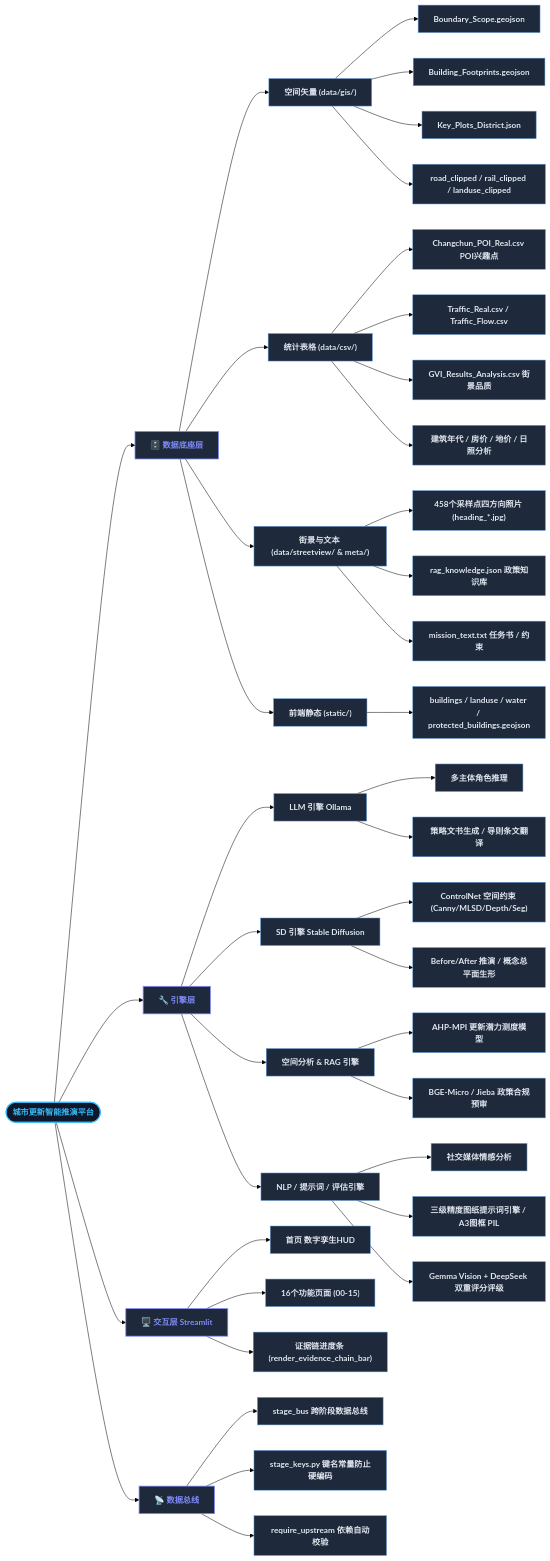
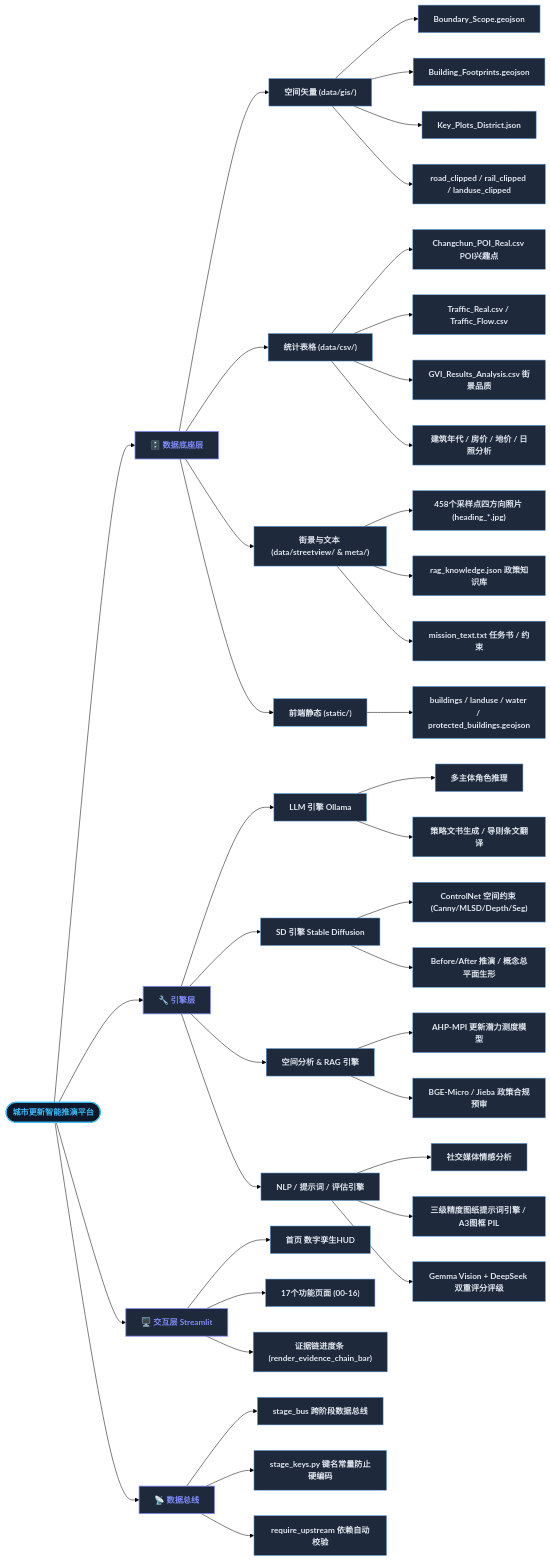
Before and after one commit to Chain813/ultimate-design: the first of 4 diagrams in workflow_diagrams.md, drawn with Mermaid (forest theme). The commit also changed 1 other file, not shown here.

Commit message:
docs: update stage and page counts in WORKFLOW.md and workflow_diagrams.md

````diff
--- a/workflow_diagrams.md
+++ b/workflow_diagrams.md
@@ -7,68 +7,68 @@
 ```mermaid
 flowchart LR
     classDef default fill:#1e293b,stroke:#64a0dc,stroke-width:1px,color:#e2e8f0;
     classDef root fill:#0f172a,stroke:#38bdf8,stroke-width:2px,color:#38bdf8,font-weight:bold;
     classDef group fill:#1e293b,stroke:#818cf8,stroke-width:1.5px,color:#818cf8;
     
     root(["城市更新智能推演平台"]):::root
     
     %% 层级 1
     L1["🗄️ 数据底座层"]:::group
     L2["🔧 引擎层"]:::group
     L3["🖥️ 交互层 Streamlit"]:::group
     L4["📡 数据总线"]:::group
     
     root --> L1
     root --> L2
     root --> L3
     root --> L4
     
     %% 数据底座层子节点
     L1 --> L1_1["空间矢量 (data/gis/)"]
     L1_1 --> L1_1_1["Boundary_Scope.geojson"]
     L1_1 --> L1_1_2["Building_Footprints.geojson"]
     L1_1 --> L1_1_3["Key_Plots_District.json"]
     L1_1 --> L1_1_4["road_clipped / rail_clipped / landuse_clipped"]
     
     L1 --> L1_2["统计表格 (data/csv/)"]
     L1_2 --> L1_2_1["Changchun_POI_Real.csv POI兴趣点"]
     L1_2 --> L1_2_2["Traffic_Real.csv / Traffic_Flow.csv"]
     L1_2 --> L1_2_3["GVI_Results_Analysis.csv 街景品质"]
     L1_2 --> L1_2_4["建筑年代 / 房价 / 地价 / 日照分析"]
     
     L1 --> L1_3["街景与文本 (data/streetview/ & meta/)"]
     L1_3 --> L1_3_1["458个采样点四方向照片 (heading_*.jpg)"]
     L1_3 --> L1_3_2["rag_knowledge.json 政策知识库"]
     L1_3 --> L1_3_3["mission_text.txt 任务书 / 约束"]
     
     L1 --> L1_4["前端静态 (static/)"]
     L1_4 --> L1_4_1["buildings / landuse / water / protected_buildings.geojson"]
     
     %% 引擎层子节点
     L2 --> L2_1["LLM 引擎 Ollama"]
     L2_1 --> L2_1_1["多主体角色推理"]
     L2_1 --> L2_1_2["策略文书生成 / 导则条文翻译"]
     
     L2 --> L2_2["SD 引擎 Stable Diffusion"]
     L2_2 --> L2_2_1["ControlNet 空间约束 (Canny/MLSD/Depth/Seg)"]
     L2_2 --> L2_2_2["Before/After 推演 / 概念总平面生形"]
     
     L2 --> L2_3["空间分析 & RAG 引擎"]
     L2_3 --> L2_3_1["AHP-MPI 更新潜力测度模型"]
     L2_3 --> L2_3_2["BGE-Micro / Jieba 政策合规预审"]
     
     L2 --> L2_4["NLP / 提示词 / 评估引擎"]
     L2_4 --> L2_4_1["社交媒体情感分析"]
     L2_4 --> L2_4_2["三级精度图纸提示词引擎 / A3图框 PIL"]
     L2_4 --> L2_4_3["Gemma Vision + DeepSeek 双重评分评级"]
     
     %% 交互层子节点
     L3 --> L3_1["首页 数字孪生HUD"]
-    L3 --> L3_2["16个功能页面 (00-15)"]
+    L3 --> L3_2["17个功能页面 (00-16)"]
     L3 --> L3_3["证据链进度条 (render_evidence_chain_bar)"]
     
     %% 数据总线子节点
     L4 --> L4_1["stage_bus 跨阶段数据总线"]
     L4 --> L4_2["stage_keys.py 键名常量防止硬编码"]
     L4 --> L4_3["require_upstream 依赖自动校验"]
 ```
````
